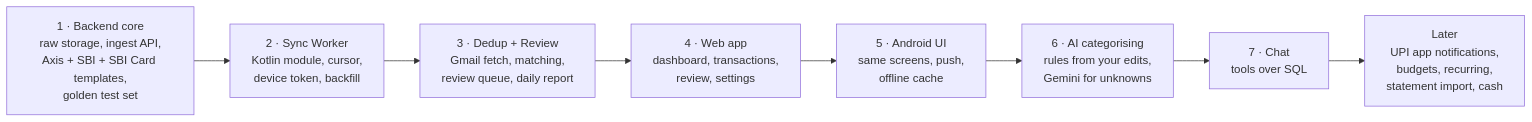
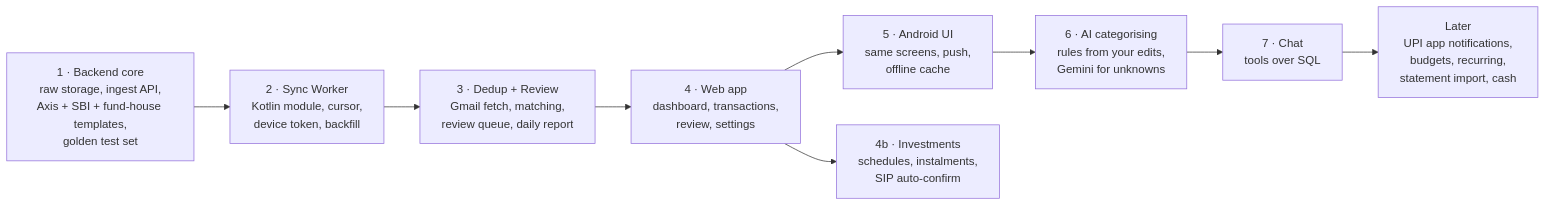
One commit to moonman369/hishaab changed diagram 19 of 19 in docs/Hishaab-ai-HLD.md. Above: the diagram before and after it, drawn with Mermaid. The commit also changed other lines of this file and 108 other files, not shown here.

````diff
--- a/docs/Hishaab-ai-HLD.md
+++ b/docs/Hishaab-ai-HLD.md
@@ -1058,10 +1155,11 @@
 ```mermaid
 flowchart LR
-    P1["1 · Backend core<br/>raw storage, ingest API,<br/>Axis + SBI + SBI Card templates,<br/>golden test set"] --> P2["2 · Sync Worker<br/>Kotlin module, cursor,<br/>device token, backfill"]
+    P1["1 · Backend core<br/>raw storage, ingest API,<br/>Axis + SBI + fund-house templates,<br/>golden test set"] --> P2["2 · Sync Worker<br/>Kotlin module, cursor,<br/>device token, backfill"]
     P2 --> P3["3 · Dedup + Review<br/>Gmail fetch, matching,<br/>review queue, daily report"]
     P3 --> P4["4 · Web app<br/>dashboard, transactions,<br/>review, settings"]
     P4 --> P5["5 · Android UI<br/>same screens, push,<br/>offline cache"]
+    P4 --> PI["4b · Investments<br/>schedules, instalments,<br/>SIP auto-confirm"]
     P5 --> P6["6 · AI categorising<br/>rules from your edits,<br/>Gemini for unknowns"]
     P6 --> P7["7 · Chat<br/>tools over SQL"]
     P7 --> P8["Later<br/>UPI app notifications,<br/>budgets, recurring,<br/>statement import, cash"]
 ```
````
